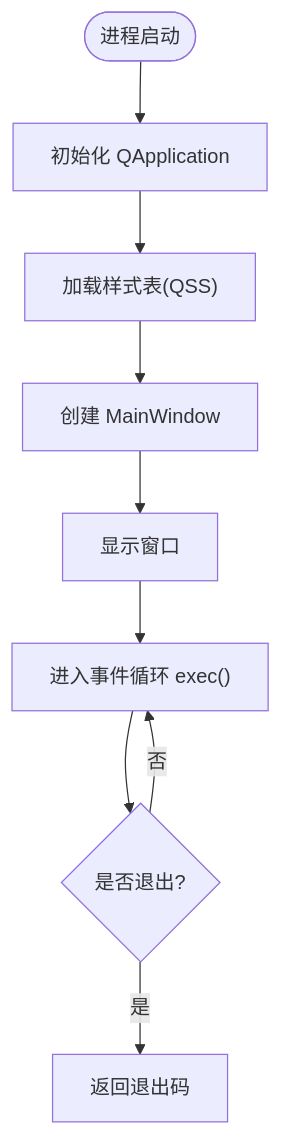
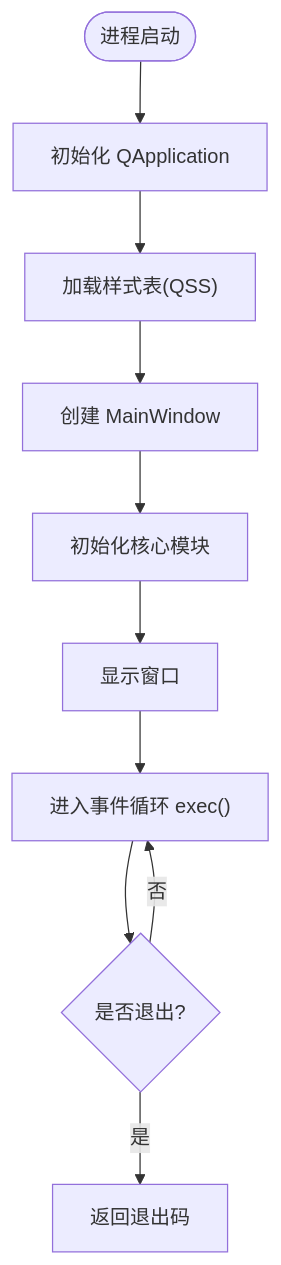
One commit to jakecai1225-design/OpenBus changed the third of 5 diagrams in .qoder/repowiki/zh/content/核心模块详解/核心模块详解.md. Above: the diagram before and after it, drawn with Mermaid. The commit also changed other lines of this file and 31 other files, not shown here.

````diff
--- a/.qoder/repowiki/zh/content/核心模块详解/核心模块详解.md
+++ b/.qoder/repowiki/zh/content/核心模块详解/核心模块详解.md
@@ -133,11 +205,12 @@
 ```mermaid
 flowchart TD
 Start(["进程启动"]) --> InitApp["初始化 QApplication"]
 InitApp --> LoadStyle["加载样式表(QSS)"]
 LoadStyle --> CreateWin["创建 MainWindow"]
-CreateWin --> ShowWin["显示窗口"]
+CreateWin --> InitCore["初始化核心模块"]
+InitCore --> ShowWin["显示窗口"]
 ShowWin --> ExecLoop["进入事件循环 exec()"]
 ExecLoop --> ExitCode{"是否退出?"}
 ExitCode --> |否| ExecLoop
 ExitCode --> |是| Return["返回退出码"]
 ```
````
